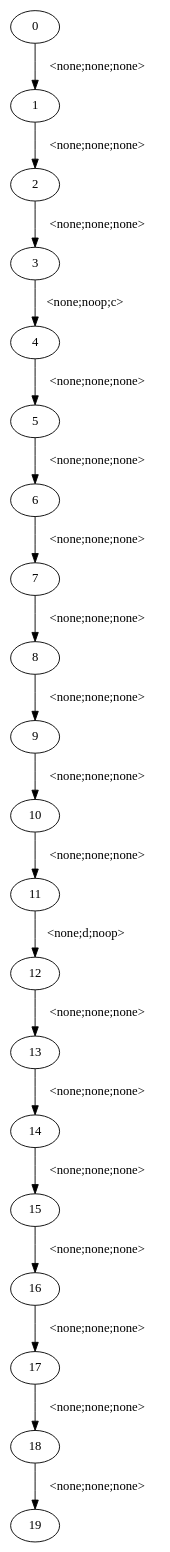
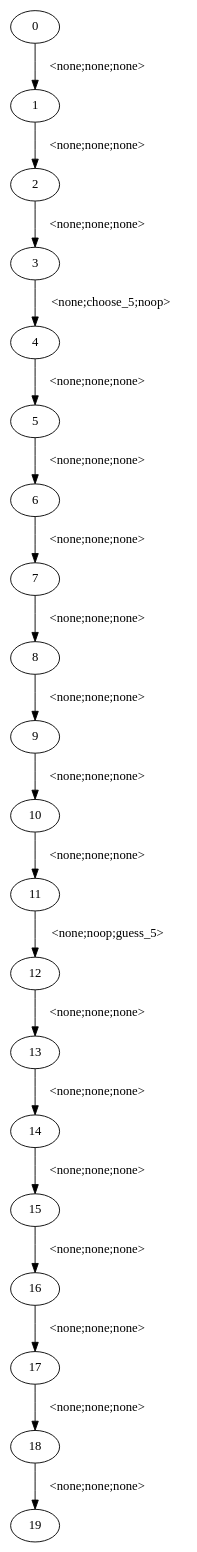
Before and after one commit to hharryyf/gdl-ii2slk: the diagram in formula1.dot, drawn with Graphviz. The commit also changed 7 other files, not shown here.

```diff
--- a/formula1.dot
+++ b/formula1.dot
@@ -1,41 +1,41 @@
 digraph witness0 {
  0 [label="0",shape=ellipse]
  1 [label="1",shape=ellipse]
  2 [label="2",shape=ellipse]
  3 [label="3",shape=ellipse]
  4 [label="4",shape=ellipse]
  5 [label="5",shape=ellipse]
  6 [label="6",shape=ellipse]
  7 [label="7",shape=ellipse]
  8 [label="8",shape=ellipse]
  9 [label="9",shape=ellipse]
  10 [label="10",shape=ellipse]
  11 [label="11",shape=ellipse]
  12 [label="12",shape=ellipse]
  13 [label="13",shape=ellipse]
  14 [label="14",shape=ellipse]
  15 [label="15",shape=ellipse]
  16 [label="16",shape=ellipse]
  17 [label="17",shape=ellipse]
  18 [label="18",shape=ellipse]
  19 [label="19",shape=ellipse]
     0 -> 1[label="<none;none;none>"]
     1 -> 2[label="<none;none;none>"]
     2 -> 3[label="<none;none;none>"]
-    3 -> 4[label="<none;noop;c>"]
+    3 -> 4[label="<none;choose_5;noop>"]
     4 -> 5[label="<none;none;none>"]
     5 -> 6[label="<none;none;none>"]
     6 -> 7[label="<none;none;none>"]
     7 -> 8[label="<none;none;none>"]
     8 -> 9[label="<none;none;none>"]
     9 -> 10[label="<none;none;none>"]
     10 -> 11[label="<none;none;none>"]
-    11 -> 12[label="<none;d;noop>"]
+    11 -> 12[label="<none;noop;guess_5>"]
     12 -> 13[label="<none;none;none>"]
     13 -> 14[label="<none;none;none>"]
     14 -> 15[label="<none;none;none>"]
     15 -> 16[label="<none;none;none>"]
     16 -> 17[label="<none;none;none>"]
     17 -> 18[label="<none;none;none>"]
     18 -> 19[label="<none;none;none>"]
 }
```
